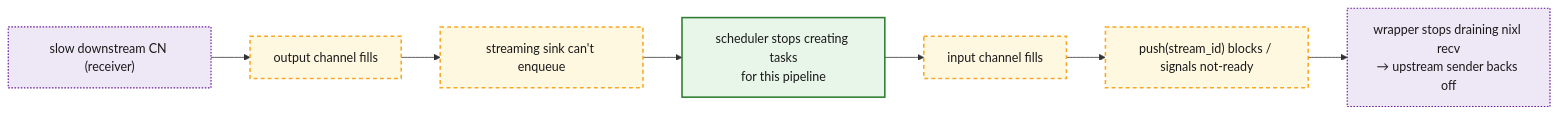
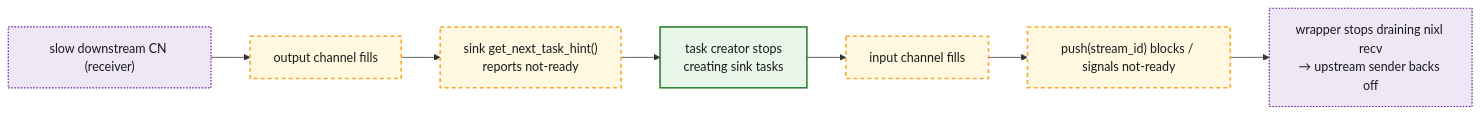
The eighth of 11 diagrams in experimental/starrocks/docs/exchange-design.md (sirius-db/sirius), drawn with Mermaid before and after one commit. The commit also changed other lines of this file, not shown here.

First line of the commit message:
docs(starrocks): clarify streaming sink as operator; hint-based backpressure

````diff
--- a/experimental/starrocks/docs/exchange-design.md
+++ b/experimental/starrocks/docs/exchange-design.md
@@ -351,14 +365,14 @@
 ```mermaid
 flowchart LR
   rxSlow["slow downstream CN (receiver)"]:::priorart
   outFull["output channel fills"]:::proposed
-  sinkStall["streaming sink can't enqueue"]:::proposed
-  schedThrottle["scheduler stops creating tasks<br/>for this pipeline"]:::exists
+  sinkHint["sink get_next_task_hint()<br/>reports not-ready"]:::proposed
+  schedThrottle["task creator stops<br/>creating sink tasks"]:::exists
   inFull["input channel fills"]:::proposed
   pushBlocks["push(stream_id) blocks / signals not-ready"]:::proposed
   nixlThrottle["wrapper stops draining nixl recv<br/>→ upstream sender backs off"]:::priorart
-  rxSlow --> outFull --> sinkStall --> schedThrottle --> inFull --> pushBlocks --> nixlThrottle
+  rxSlow --> outFull --> sinkHint --> schedThrottle --> inFull --> pushBlocks --> nixlThrottle
   classDef exists fill:#e8f5e9,stroke:#2e7d32,stroke-width:2px,color:#1a1a1a;
   classDef proposed fill:#fff8e1,stroke:#f9a825,stroke-width:2px,stroke-dasharray:5 4,color:#1a1a1a;
   classDef priorart fill:#ede7f6,stroke:#6a1b9a,stroke-width:1.5px,stroke-dasharray:2 2,color:#1a1a1a;
 ```
````
